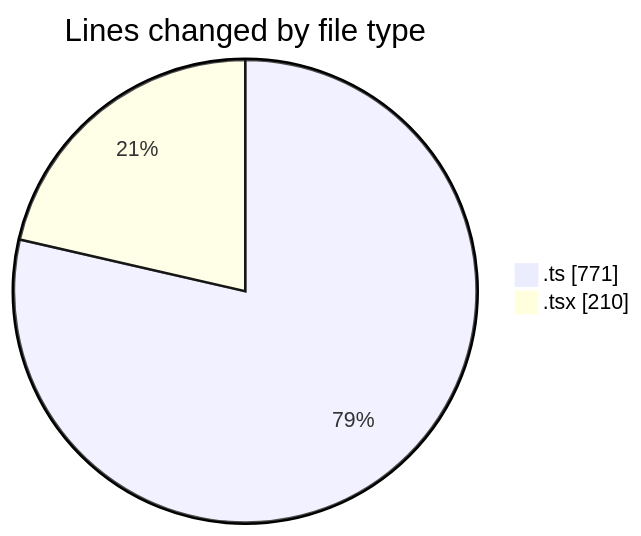
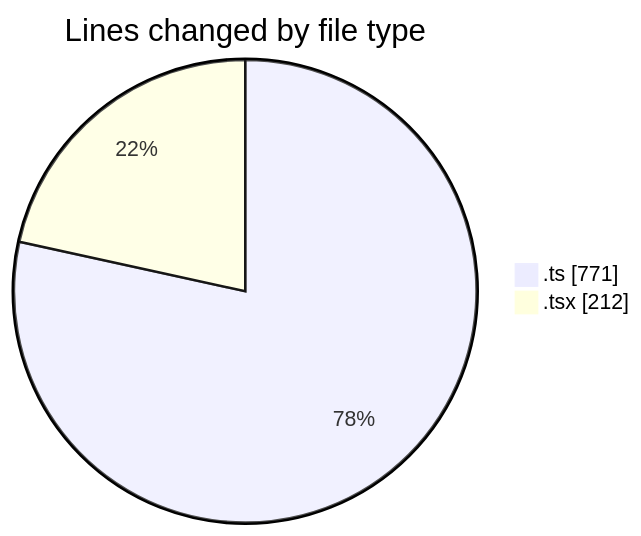
Before and after one commit to momahboobian/code-tracking: the first of 2 diagrams in 2026-03-11/cda/README.md, drawn with Mermaid. The commit also changed other lines of this file and 1 other file, not shown here.

````diff
--- a/2026-03-11/cda/README.md
+++ b/2026-03-11/cda/README.md
@@ -21,6 +21,6 @@
 ```mermaid
 pie showData
 title Lines changed by file type
 ".ts" : 771
-".tsx" : 210
+".tsx" : 212
 ```
````
